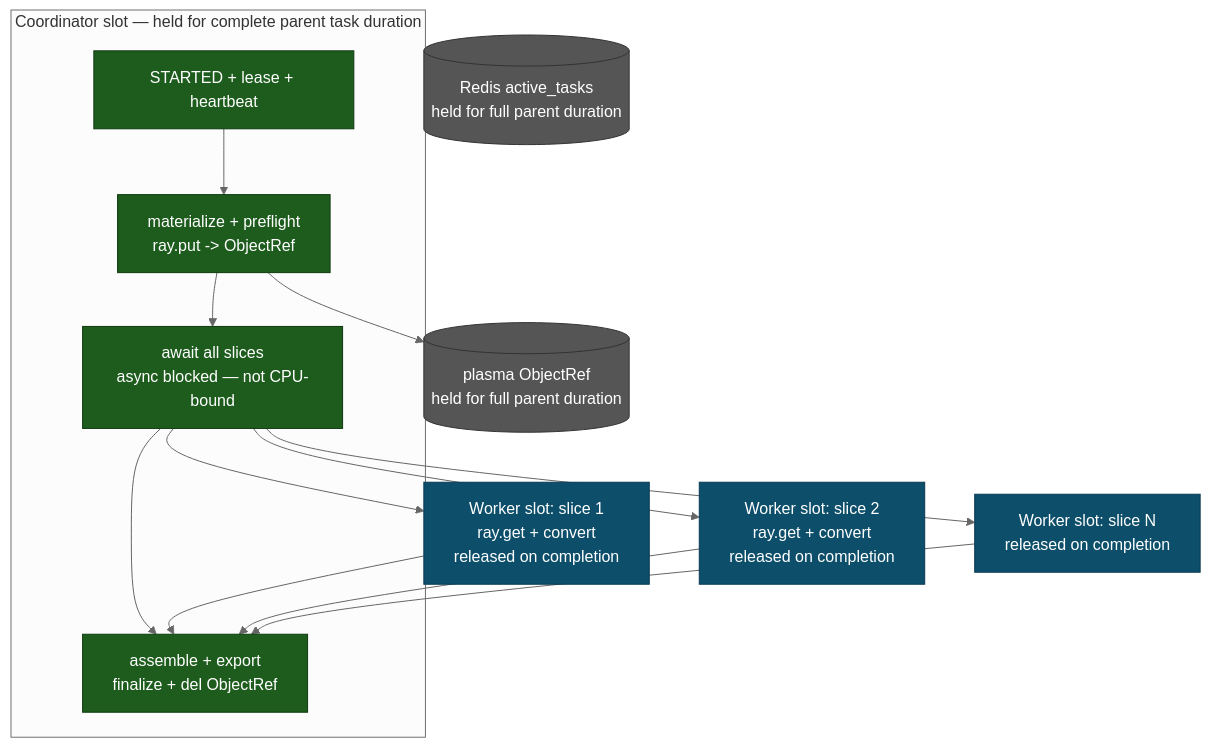
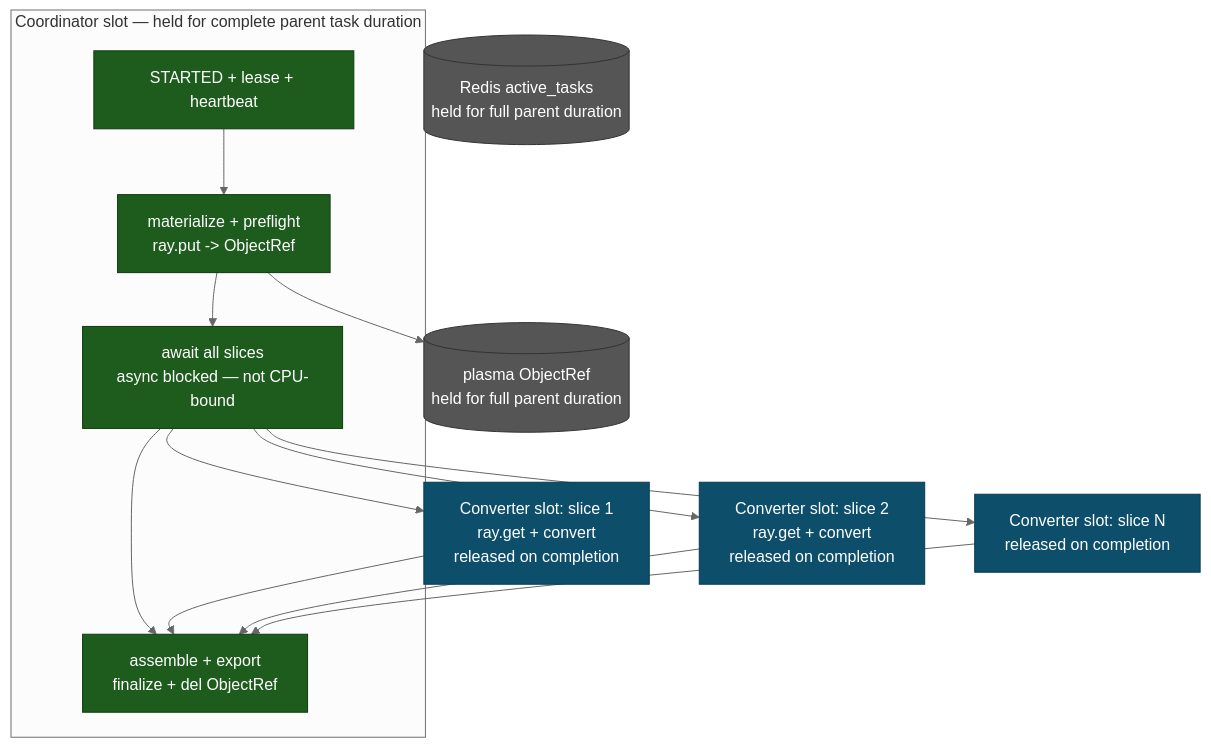
The seventh of 11 diagrams in docs/ray-orchestrator-architecture-page-slicing-delta.md (docling-project/docling-serve), drawn with Mermaid (neutral theme) before and after one commit. The commit also changed other lines of this file, not shown here.

````diff
--- a/docs/ray-orchestrator-architecture-page-slicing-delta.md
+++ b/docs/ray-orchestrator-architecture-page-slicing-delta.md
@@ -248,25 +248,25 @@
 ```mermaid
 flowchart TD
     classDef coord  fill:#1e5c1e,color:#fff,stroke:#0f3a0f
     classDef worker fill:#0d4f6b,color:#fff,stroke:#093a52
     classDef res    fill:#555,color:#fff,stroke:#333
 
     subgraph COORD["Coordinator slot — held for complete parent task duration"]
         C1["STARTED + lease + heartbeat"]:::coord
         C2["materialize + preflight\nray.put -> ObjectRef"]:::coord
         C3["await all slices\nasync blocked — not CPU-bound"]:::coord
         C4["assemble + export\nfinalize + del ObjectRef"]:::coord
         C1 --> C2 --> C3 --> C4
     end
 
     PLASMA[("plasma ObjectRef\nheld for full parent duration")]:::res
     REDIS[("Redis active_tasks\nheld for full parent duration")]:::res
 
-    W1["Worker slot: slice 1\nray.get + convert\nreleased on completion"]:::worker
-    W2["Worker slot: slice 2\nray.get + convert\nreleased on completion"]:::worker
-    WN["Worker slot: slice N\nreleased on completion"]:::worker
+    W1["Converter slot: slice 1\nray.get + convert\nreleased on completion"]:::worker
+    W2["Converter slot: slice 2\nray.get + convert\nreleased on completion"]:::worker
+    WN["Converter slot: slice N\nreleased on completion"]:::worker
 
     C2 --> PLASMA
     C3 --> W1 & W2 & WN
     W1 & W2 & WN --> C4
 ```
````
